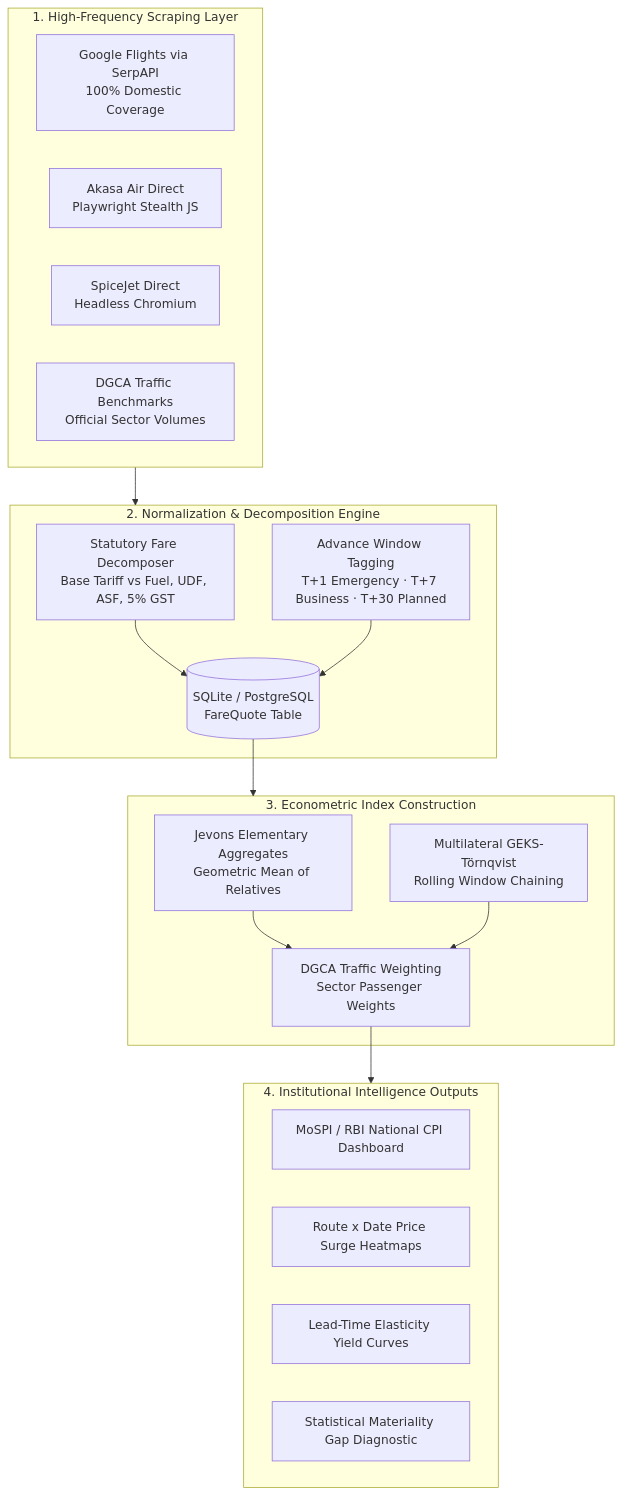
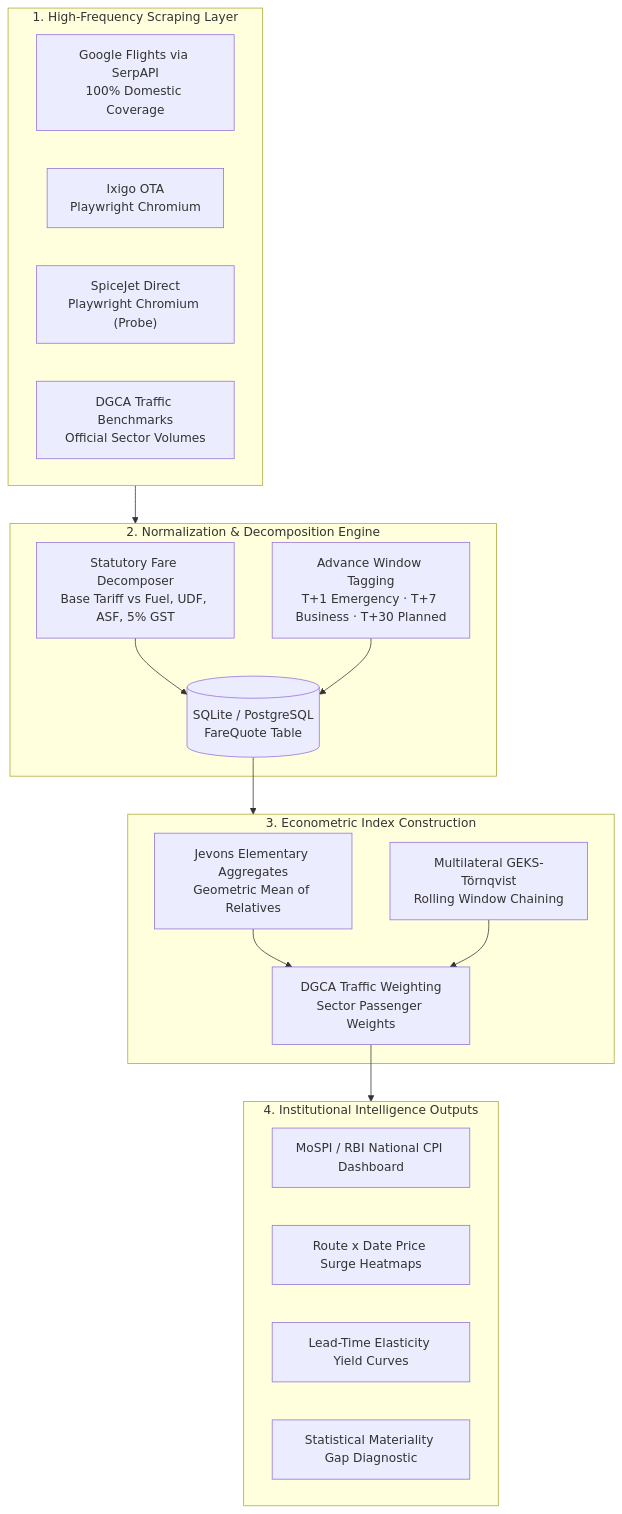
Before and after one commit to Tejas3479/APIx: the diagram in README.md, drawn with Mermaid. The commit also changed other lines of this file and 9 other files, not shown here.

Commit message:
feat: implement Phase 1 SIH 2026 architecture, Playwright scrapers, and AI diagnosis fixes

````diff
--- a/README.md
+++ b/README.md
@@ -56,36 +64,36 @@
 ```mermaid
 flowchart TD
     subgraph DataCollection["1. High-Frequency Scraping Layer"]
         GF["Google Flights via SerpAPI<br/>100% Domestic Coverage"]
-        AK["Akasa Air Direct<br/>Playwright Stealth JS"]
-        SG["SpiceJet Direct<br/>Headless Chromium"]
+        IX["Ixigo OTA<br/>Playwright Chromium"]
+        SG["SpiceJet Direct<br/>Playwright Chromium (Probe)"]
         DGCA["DGCA Traffic Benchmarks<br/>Official Sector Volumes"]
     end
 
     subgraph Normalization["2. Normalization & Decomposition Engine"]
         DEC["Statutory Fare Decomposer<br/>Base Tariff vs Fuel, UDF, ASF, 5% GST"]
         WIN["Advance Window Tagging<br/>T+1 Emergency · T+7 Business · T+30 Planned"]
         DB[("SQLite / PostgreSQL<br/>FareQuote Table")]
     end
 
     subgraph MathematicalEngine["3. Econometric Index Construction"]
         JEV["Jevons Elementary Aggregates<br/>Geometric Mean of Relatives"]
         GEKS["Multilateral GEKS-Törnqvist<br/>Rolling Window Chaining"]
         DGCA_W["DGCA Traffic Weighting<br/>Sector Passenger Weights"]
     end
 
     subgraph Dashboards["4. Institutional Intelligence Outputs"]
         DASH["MoSPI / RBI National CPI Dashboard"]
         HEAT["Route x Date Price Surge Heatmaps"]
         ELAS["Lead-Time Elasticity Yield Curves"]
         GAP["Statistical Materiality Gap Diagnostic"]
     end
 
     DataCollection --> Normalization
     DEC --> DB
     WIN --> DB
     DB --> MathematicalEngine
     JEV --> DGCA_W
     GEKS --> DGCA_W
     DGCA_W --> Dashboards
 ```
````
